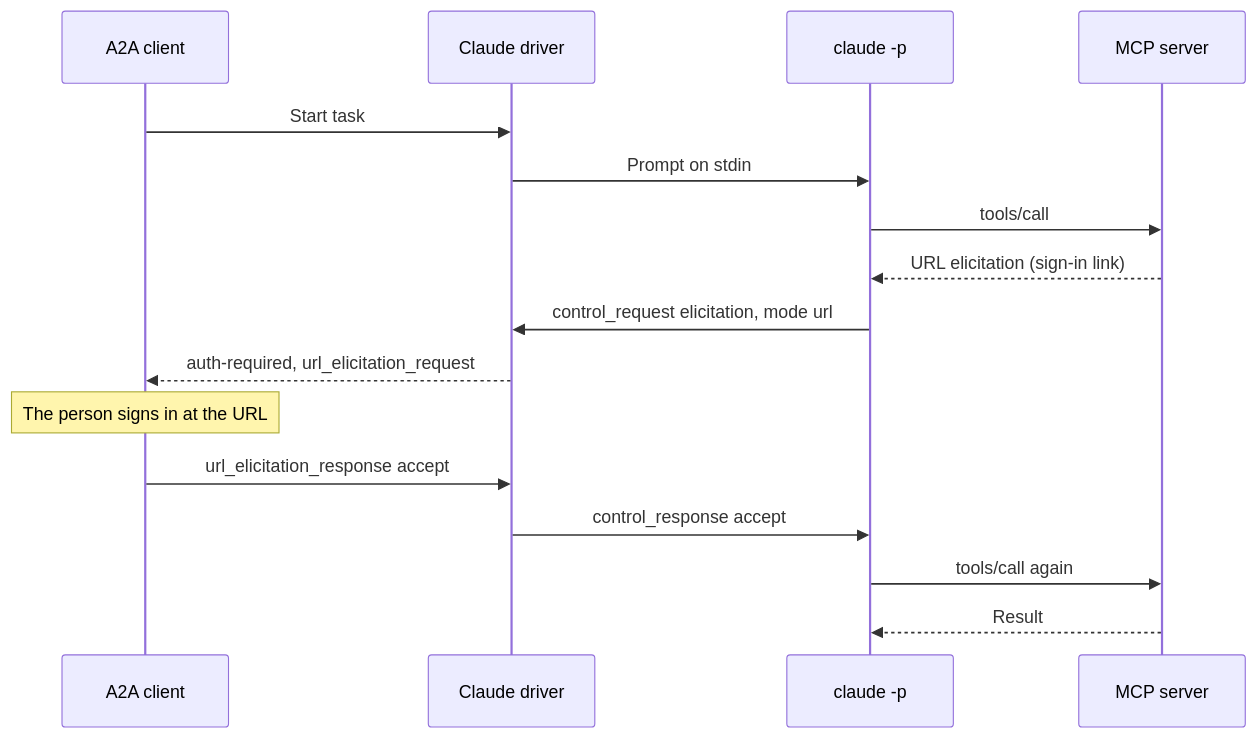
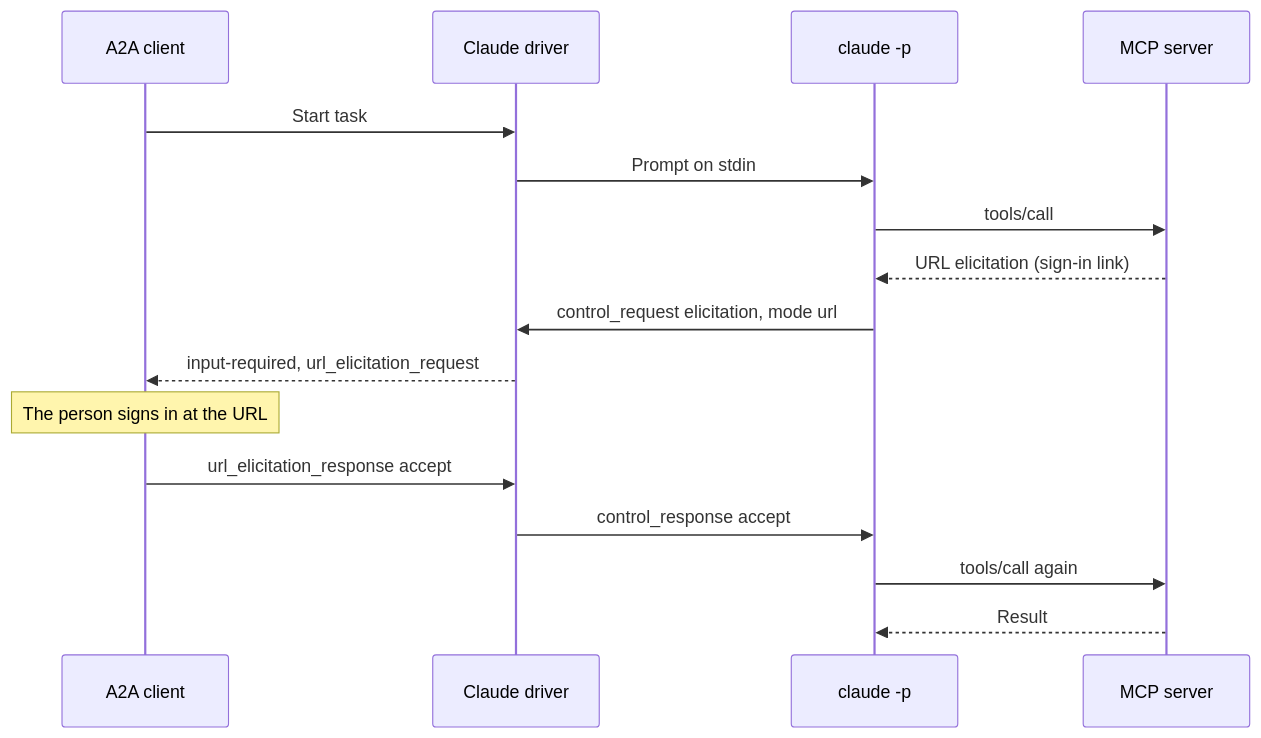
Before and after one commit to giantswarm/kagent-upstream: the second of 2 diagrams in go/harness/claude/README.md, drawn with Mermaid. The commit also changed 8 other files, not shown here.

Commit message:
fix(harness): park an MCP URL elicitation as input-required, which ends the turn

````diff
--- a/go/harness/claude/README.md
+++ b/go/harness/claude/README.md
@@ -222,19 +222,19 @@
 ```mermaid
 sequenceDiagram
     participant Client as A2A client
     participant Driver as Claude driver
     participant Claude as claude -p
     participant Server as MCP server
 
     Client->>Driver: Start task
     Driver->>Claude: Prompt on stdin
     Claude->>Server: tools/call
     Server-->>Claude: URL elicitation (sign-in link)
     Claude->>Driver: control_request elicitation, mode url
-    Driver-->>Client: auth-required, url_elicitation_request
+    Driver-->>Client: input-required, url_elicitation_request
     Note over Client: The person signs in at the URL
     Client->>Driver: url_elicitation_response accept
     Driver->>Claude: control_response accept
     Claude->>Server: tools/call again
     Server-->>Claude: Result
 ```
````
